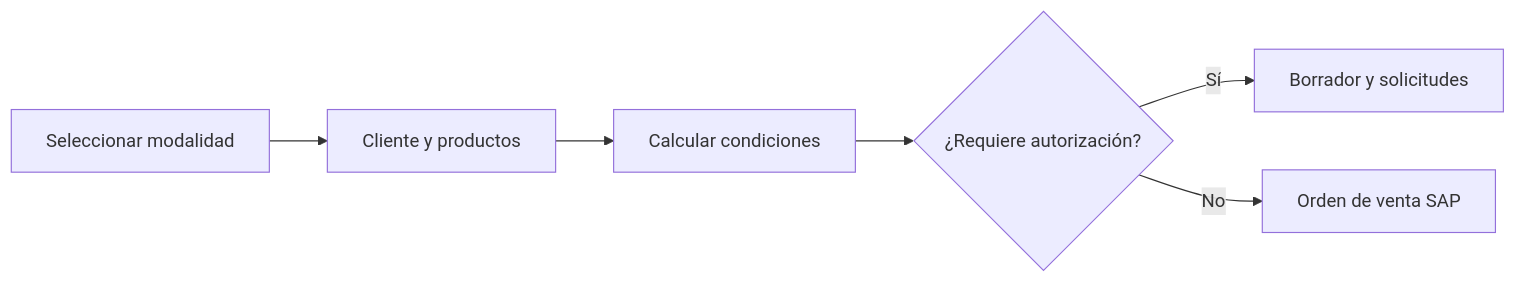
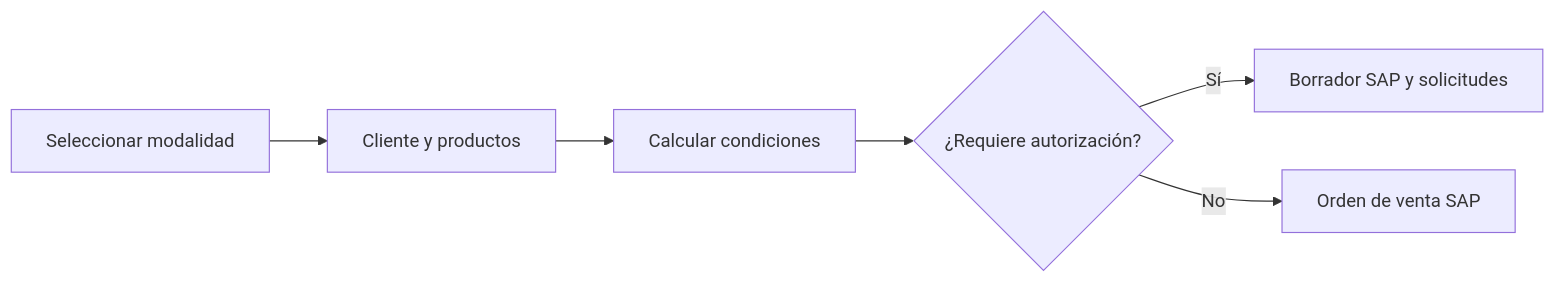
The diagram in docs/legado/02-flujos-funcionales.md (ftoledoctattersall/SistemaVentas_Original), drawn with Mermaid before and after one commit. The commit also changed other lines of this file and 5 other files, not shown here.

````diff
--- a/docs/legado/02-flujos-funcionales.md
+++ b/docs/legado/02-flujos-funcionales.md
@@ -49,8 +49,8 @@
 ```mermaid
 flowchart LR
     A[Seleccionar modalidad] --> B[Cliente y productos]
     B --> C[Calcular condiciones]
     C --> D{¿Requiere autorización?}
-    D -- Sí --> E[Borrador y solicitudes]
+    D -- Sí --> E[Borrador SAP y solicitudes]
     D -- No --> F[Orden de venta SAP]
 ```
````
